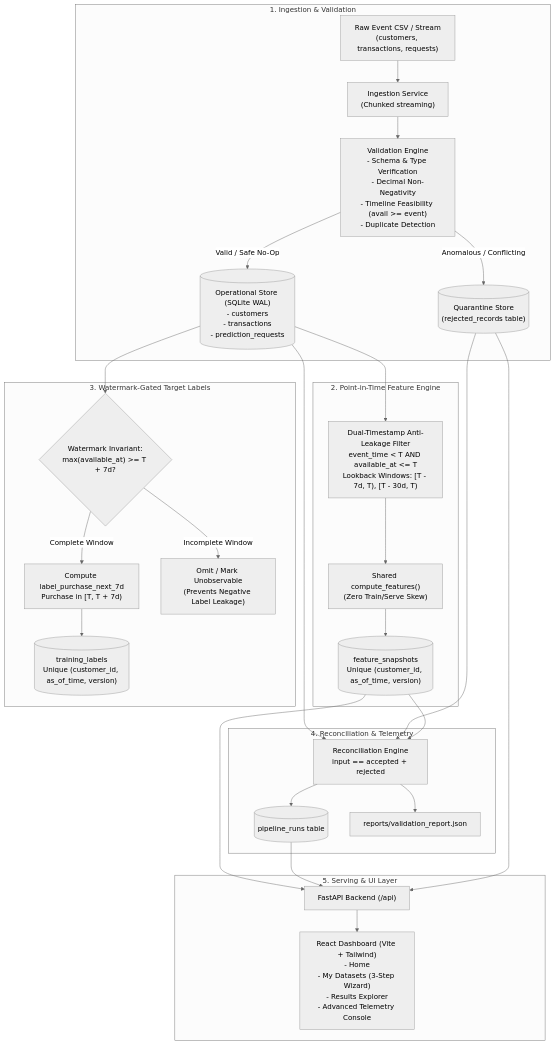
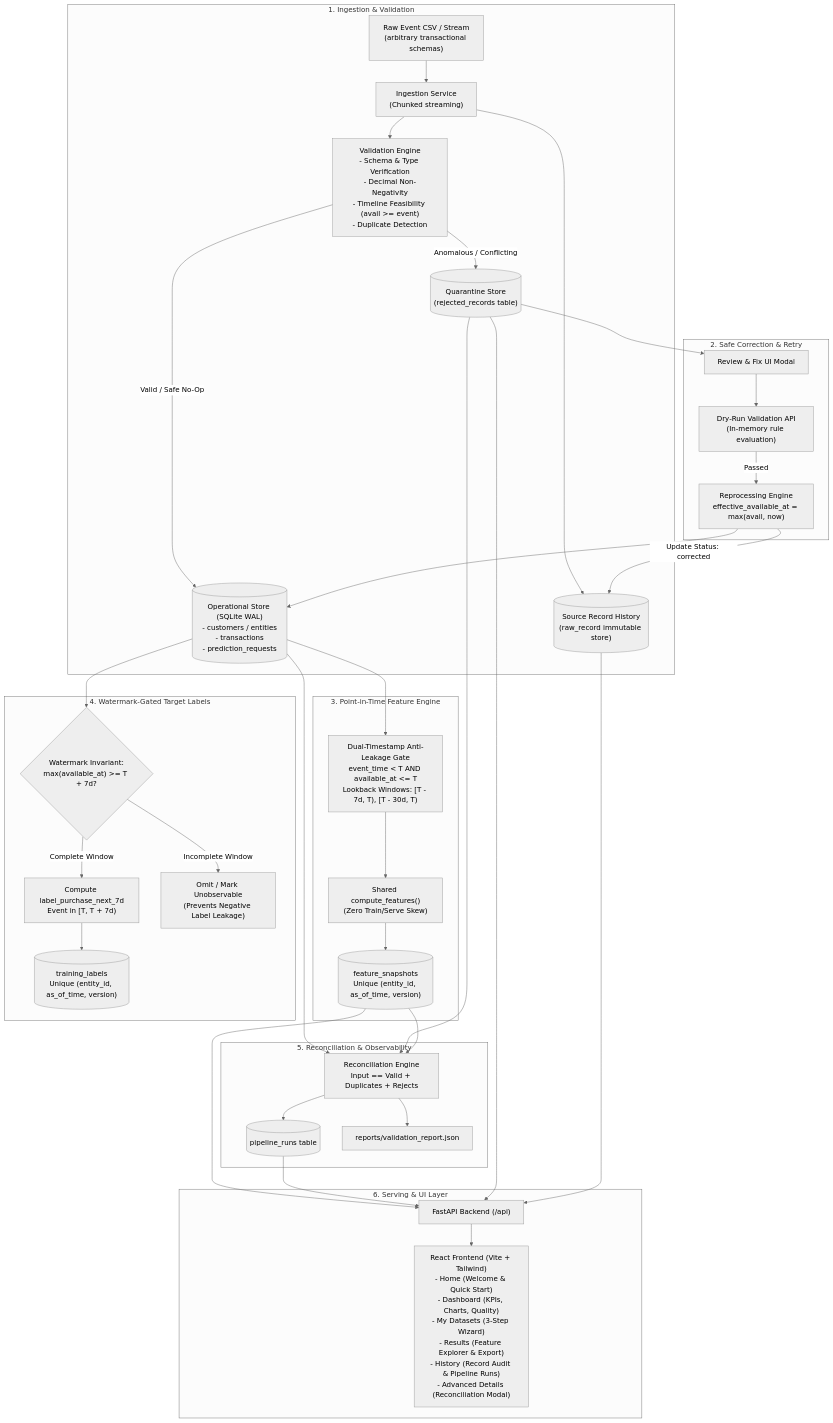
The first of 2 diagrams in README.md (hamid-razak-khan/timesafe-feature-pipeline), drawn with Mermaid (neutral theme) before and after one commit. The commit also changed other lines of this file and 4 other files, not shown here.

````diff
--- a/README.md
+++ b/README.md
@@ -58,33 +103,42 @@
 ```mermaid
 flowchart TD
     subgraph Ingestion["1. Ingestion & Validation"]
-        CSV["Raw Event CSV / Stream\n(customers, transactions, requests)"] --> IngestSvc["Ingestion Service\n(Chunked streaming)"]
+        CSV["Raw Event CSV / Stream\n(arbitrary transactional schemas)"] --> IngestSvc["Ingestion Service\n(Chunked streaming)"]
+        IngestSvc --> HistoryLedger[("Source Record History\n(raw_record immutable store)")]
         IngestSvc --> ValidSvc["Validation Engine\n- Schema & Type Verification\n- Decimal Non-Negativity\n- Timeline Feasibility (avail >= event)\n- Duplicate Detection"]
         ValidSvc -->|"Anomalous / Conflicting"| Quarantine[("Quarantine Store\n(rejected_records table)")]
-        ValidSvc -->|"Valid / Safe No-Op"| CleanStore[("Operational Store (SQLite WAL)\n- customers\n- transactions\n- prediction_requests")]
+        ValidSvc -->|"Valid / Safe No-Op"| CleanStore[("Operational Store (SQLite WAL)\n- customers / entities\n- transactions\n- prediction_requests")]
     end
 
-    subgraph Feature_Engine["2. Point-in-Time Feature Engine"]
-        CleanStore --> PITFilter["Dual-Timestamp Anti-Leakage Filter\nevent_time < T AND available_at <= T\nLookback Windows: [T - 7d, T), [T - 30d, T)"]
-        PITFilter --> SharedEngine["Shared compute_features()\n(Zero Train/Serve Skew)"]
-        SharedEngine --> Snapshots[("feature_snapshots\nUnique (customer_id, as_of_time, version)")]
+    subgraph Reprocessing["2. Safe Correction & Retry"]
+        Quarantine --> ReviewModal["Review & Fix UI Modal"]
+        ReviewModal --> DryRun["Dry-Run Validation API\n(In-memory rule evaluation)"]
+        DryRun -->|"Passed"| ReprocessSvc["Reprocessing Engine\neffective_available_at = max(avail, now)"]
+        ReprocessSvc --> CleanStore
+        ReprocessSvc -->|"Update Status: corrected"| HistoryLedger
     end
 
-    subgraph Label_Engine["3. Watermark-Gated Target Labels"]
-        CleanStore --> WatermarkCheck{"Watermark Invariant:\nmax(available_at) >= T + 7d?"}
-        WatermarkCheck -->|"Complete Window"| GenLabel["Compute label_purchase_next_7d\nPurchase in [T, T + 7d)"]
-        WatermarkCheck -->|"Incomplete Window"| OmitLabel["Omit / Mark Unobservable\n(Prevents Negative Label Leakage)"]
-        GenLabel --> TrainingLabels[("training_labels\nUnique (customer_id, as_of_time, version)")]
+    subgraph Feature_Engine["3. Point-in-Time Feature Engine"]
+        CleanStore --> PITFilter["Dual-Timestamp Anti-Leakage Gate\nevent_time < T AND available_at <= T\nLookback Windows: [T - 7d, T), [T - 30d, T)"]
+        PITFilter --> SharedEngine["Shared compute_features()\n(Zero Train/Serve Skew)"]
+        SharedEngine --> Snapshots[("feature_snapshots\nUnique (entity_id, as_of_time, version)")]
     end
 
-    subgraph Audit["4. Reconciliation & Telemetry"]
-        CleanStore & Quarantine & Snapshots --> ReconEngine["Reconciliation Engine\ninput == accepted + rejected"]
+    subgraph Label_Engine["4. Watermark-Gated Target Labels"]
+        CleanStore --> WatermarkCheck{"Watermark Invariant:\nmax(available_at) >= T + 7d?"}
+        WatermarkCheck -->|"Complete Window"| GenLabel["Compute label_purchase_next_7d\nEvent in [T, T + 7d)"]
+        WatermarkCheck -->|"Incomplete Window"| OmitLabel["Omit / Mark Unobservable\n(Prevents Negative Label Leakage)"]
+        GenLabel --> TrainingLabels[("training_labels\nUnique (entity_id, as_of_time, version)")]
+    end
+
+    subgraph Audit["5. Reconciliation & Observability"]
+        CleanStore & Quarantine & Snapshots --> ReconEngine["Reconciliation Engine\nInput == Valid + Duplicates + Rejects"]
         ReconEngine --> RunLogs[("pipeline_runs table")]
         ReconEngine --> AuditJSON["reports/validation_report.json"]
     end
 
-    subgraph Serving["5. Serving & UI Layer"]
-        Snapshots & RunLogs & Quarantine --> FastAPI["FastAPI Backend (/api)"]
-        FastAPI --> WebUI["React Dashboard (Vite + Tailwind)\n- Home\n- My Datasets (3-Step Wizard)\n- Results Explorer\n- Advanced Telemetry Console"]
+    subgraph Serving["6. Serving & UI Layer"]
+        Snapshots & RunLogs & Quarantine & HistoryLedger --> FastAPI["FastAPI Backend (/api)"]
+        FastAPI --> WebUI["React Frontend (Vite + Tailwind)\n- Home (Welcome & Quick Start)\n- Dashboard (KPIs, Charts, Quality)\n- My Datasets (3-Step Wizard)\n- Results (Feature Explorer & Export)\n- History (Record Audit & Pipeline Runs)\n- Advanced Details (Reconciliation Modal)"]
     end
 ```
````
